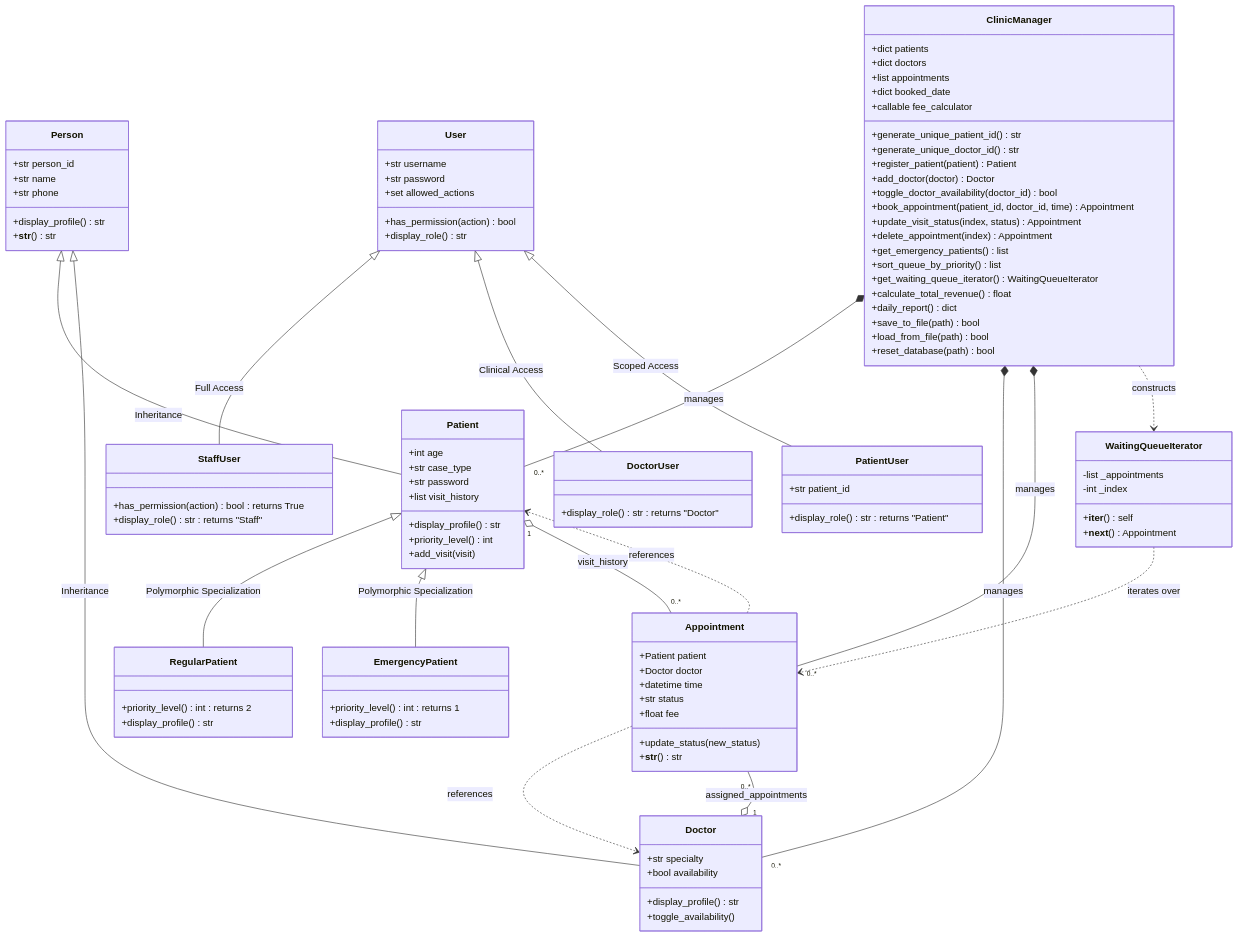
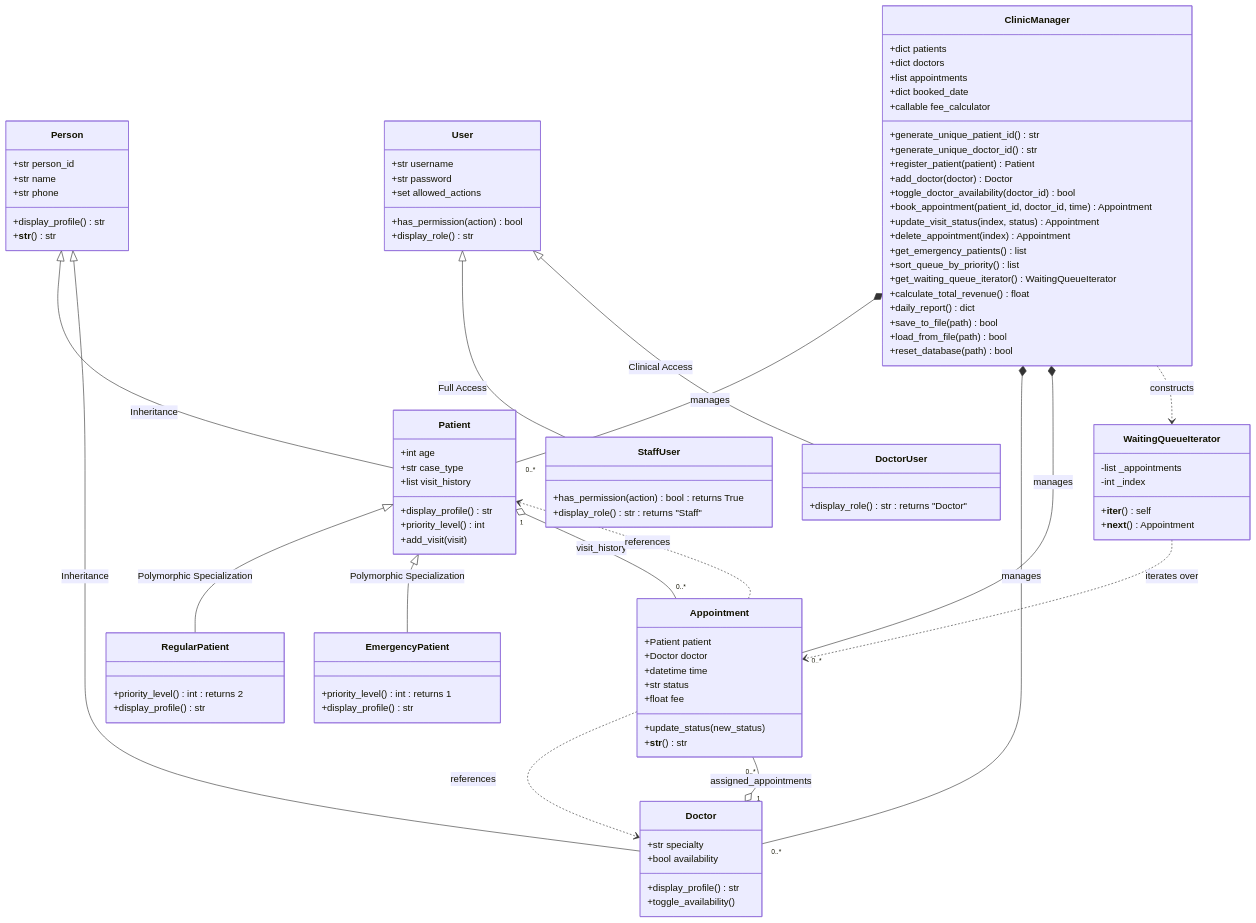
Before and after one commit to mohamed-elhosary1/SIC-Smart-Clinic: the second of 2 diagrams in ERD.md, drawn with Mermaid. The commit also changed other lines of this file and 5 other files, not shown here.

Commit message:
refactor: simplify patient access to ID-lookup without password and update opening screen

```diff
--- a/ERD.md
+++ b/ERD.md
@@ -78,7 +77,6 @@
     class Patient {
         +int age
         +str case_type
-        +str password
         +list visit_history
         +display_profile() str
         +priority_level() int
@@ -160,11 +158,6 @@
         +display_role() str : returns "Doctor"
     }
 
-    class PatientUser {
-        +str patient_id
-        +display_role() str : returns "Patient"
-    }
-
     Person <|-- Patient : Inheritance
     Person <|-- Doctor : Inheritance
     Patient <|-- RegularPatient : Polymorphic Specialization
@@ -172,7 +165,6 @@
 
     User <|-- StaffUser : Full Access
     User <|-- DoctorUser : Clinical Access
-    User <|-- PatientUser : Scoped Access
 
     Patient "1" o-- "0..*" Appointment : visit_history
     Doctor "1" o-- "0..*" Appointment : assigned_appointments
```
